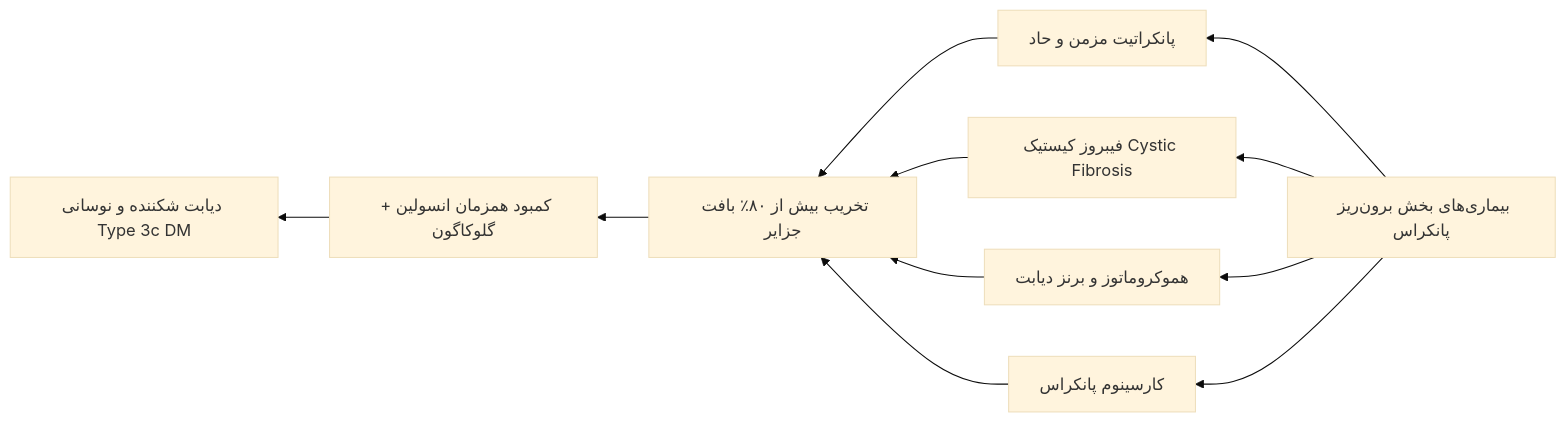
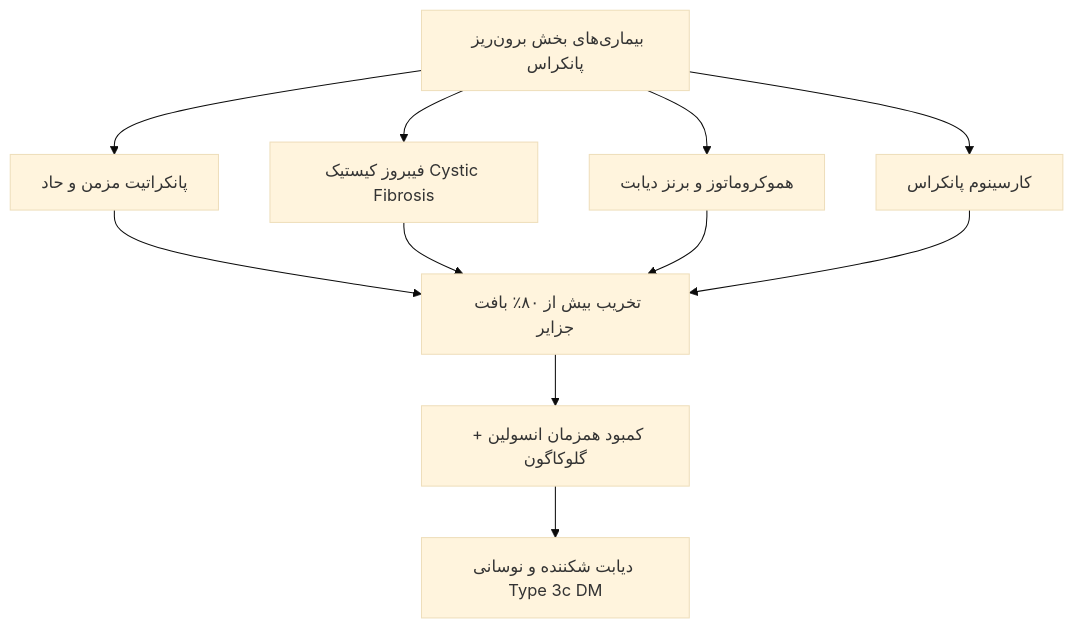
One commit to neopulse-hub/TUMS-1402-1-neo changed the eighth of 10 diagrams in 07/مبانی غدد/دیابت شیرین.md. Above: the diagram before and after it, drawn with Mermaid (base theme). The commit also changed other lines of this file, not shown here.

````diff
--- a/07/مبانی غدد/دیابت شیرین.md
+++ b/07/مبانی غدد/دیابت شیرین.md
@@ -328,11 +328,11 @@
 ```mermaid
-flowchart RL
+flowchart TD
     PancDis[بیماری‌های بخش برون‌ریز پانکراس] --> P1[پانکراتیت مزمن و حاد]
     PancDis --> P2[فیبروز کیستیک Cystic Fibrosis]
     PancDis --> P3[هموکروماتوز و برنز دیابت]
     PancDis --> P4[کارسینوم پانکراس]
     
     P1 & P2 & P3 & P4 --> IsletLoss[تخریب بیش از ۸۰٪ بافت جزایر]
     IsletLoss --> DualDef[کمبود همزمان انسولین + گلوکاگون]
     DualDef --> T3c[دیابت شکننده و نوسانی Type 3c DM]
 ```
````
